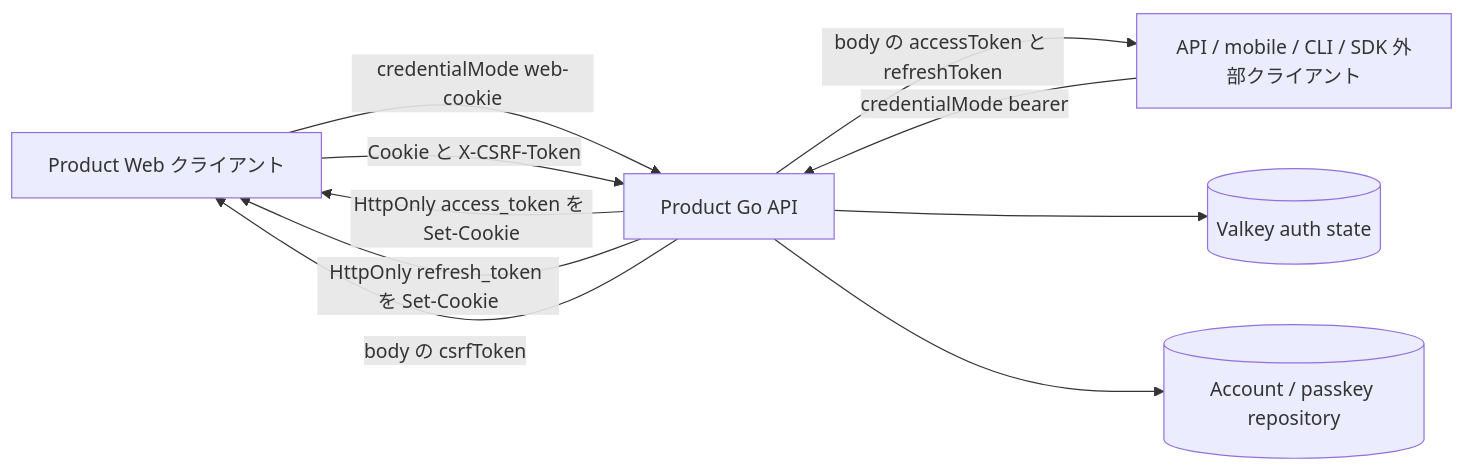
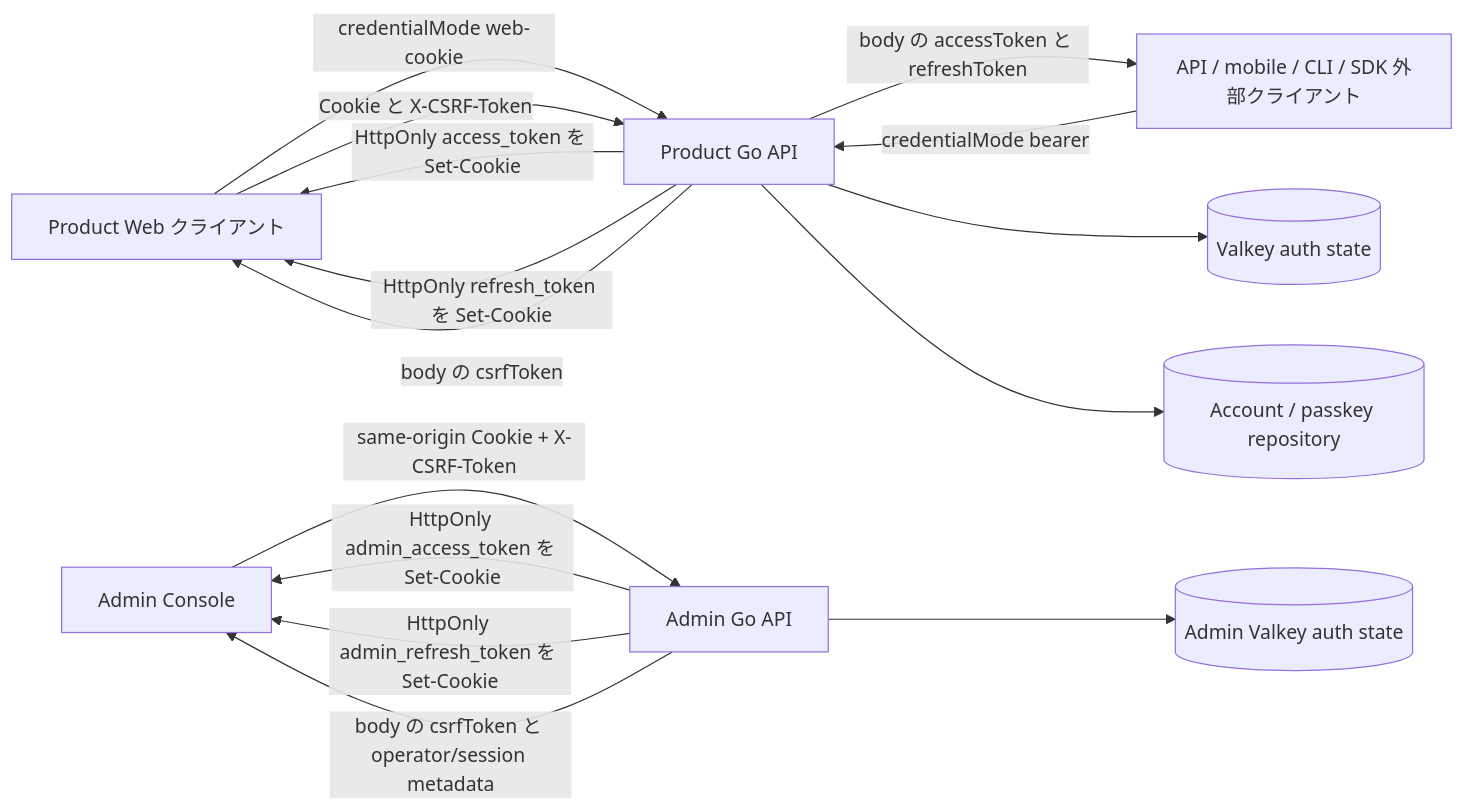
The first of 5 diagrams in openspec/changes/product-cookie-bearer-auth/design.md (witwire-net/www-template), drawn with Mermaid before and after one commit. The commit also changed other lines of this file and 6 other files, not shown here.

Commit message:
docs(openspec): tighten cookie bearer auth plan

````diff
--- a/openspec/changes/product-cookie-bearer-auth/design.md
+++ b/openspec/changes/product-cookie-bearer-auth/design.md
@@ -110,12 +256,17 @@
 ```mermaid
 flowchart LR
   Web[Product Web クライアント] -->|credentialMode web-cookie| API[Product Go API]
   API -->|HttpOnly access_token を Set-Cookie| Web
   API -->|HttpOnly refresh_token を Set-Cookie| Web
   API -->|body の csrfToken| Web
   Web -->|Cookie と X-CSRF-Token| API
   External[API / mobile / CLI / SDK 外部クライアント] -->|credentialMode bearer| API
   API -->|body の accessToken と refreshToken| External
+  AdminWeb[Admin Console] -->|same-origin Cookie + X-CSRF-Token| AdminAPI[Admin Go API]
+  AdminAPI -->|HttpOnly admin_access_token を Set-Cookie| AdminWeb
+  AdminAPI -->|HttpOnly admin_refresh_token を Set-Cookie| AdminWeb
+  AdminAPI -->|body の csrfToken と operator/session metadata| AdminWeb
   API --> Valkey[(Valkey auth state)]
+  AdminAPI --> AdminValkey[(Admin Valkey auth state)]
   API --> AccountDB[(Account / passkey repository)]
 ```
````
